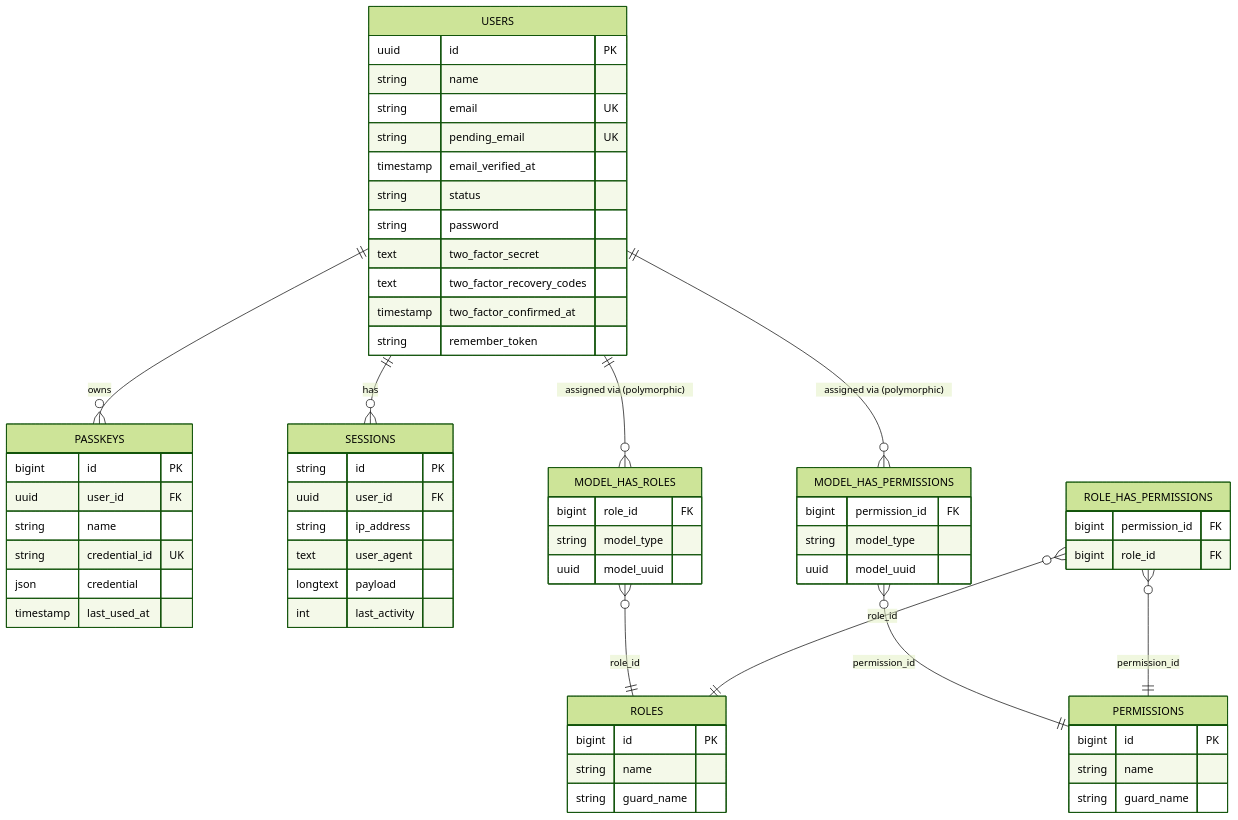
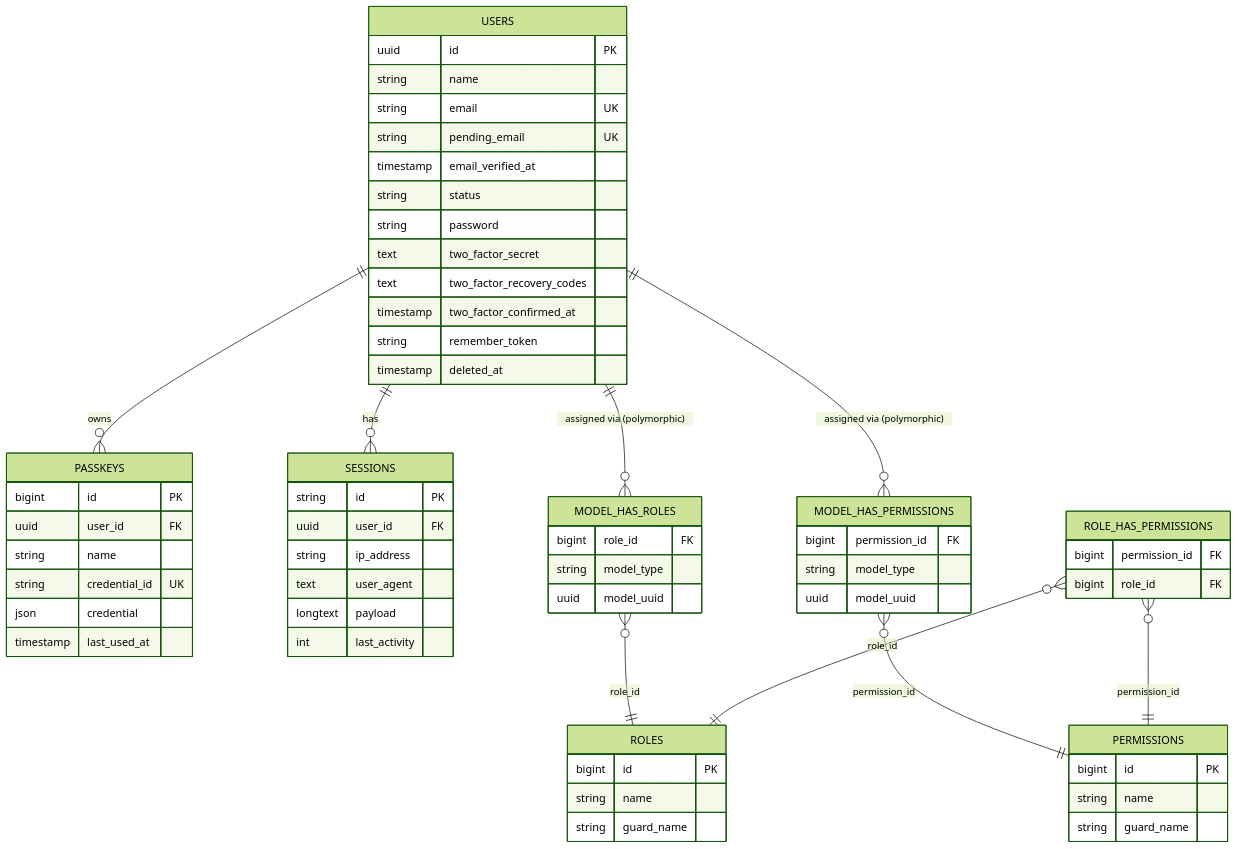
Before and after one commit to LIDR-academy/AI4Devs-finalproject: the diagram in arospe/docs/database/schema.md, drawn with Mermaid (forest theme). The commit also changed other lines of this file and 23 other files, not shown here.

````diff
--- a/arospe/docs/database/schema.md
+++ b/arospe/docs/database/schema.md
@@ -14,65 +14,66 @@
 ```mermaid
 erDiagram
     USERS ||--o{ PASSKEYS : owns
     USERS ||--o{ SESSIONS : has
     USERS ||--o{ MODEL_HAS_ROLES : "assigned via (polymorphic)"
     USERS ||--o{ MODEL_HAS_PERMISSIONS : "assigned via (polymorphic)"
     MODEL_HAS_ROLES }o--|| ROLES : role_id
     MODEL_HAS_PERMISSIONS }o--|| PERMISSIONS : permission_id
     ROLE_HAS_PERMISSIONS }o--|| ROLES : role_id
     ROLE_HAS_PERMISSIONS }o--|| PERMISSIONS : permission_id
 
     USERS {
         uuid id PK
         string name
         string email UK
         string pending_email UK
         timestamp email_verified_at
         string status
         string password
         text two_factor_secret
         text two_factor_recovery_codes
         timestamp two_factor_confirmed_at
         string remember_token
+        timestamp deleted_at
     }
     PASSKEYS {
         bigint id PK
         uuid user_id FK
         string name
         string credential_id UK
         json credential
         timestamp last_used_at
     }
     SESSIONS {
         string id PK
         uuid user_id FK
         string ip_address
         text user_agent
         longtext payload
         int last_activity
     }
     ROLES {
         bigint id PK
         string name
         string guard_name
     }
     PERMISSIONS {
         bigint id PK
         string name
         string guard_name
     }
     MODEL_HAS_ROLES {
         bigint role_id FK
         string model_type
         uuid model_uuid
     }
     MODEL_HAS_PERMISSIONS {
         bigint permission_id FK
         string model_type
         uuid model_uuid
     }
     ROLE_HAS_PERMISSIONS {
         bigint permission_id FK
         bigint role_id FK
     }
 ```
````
